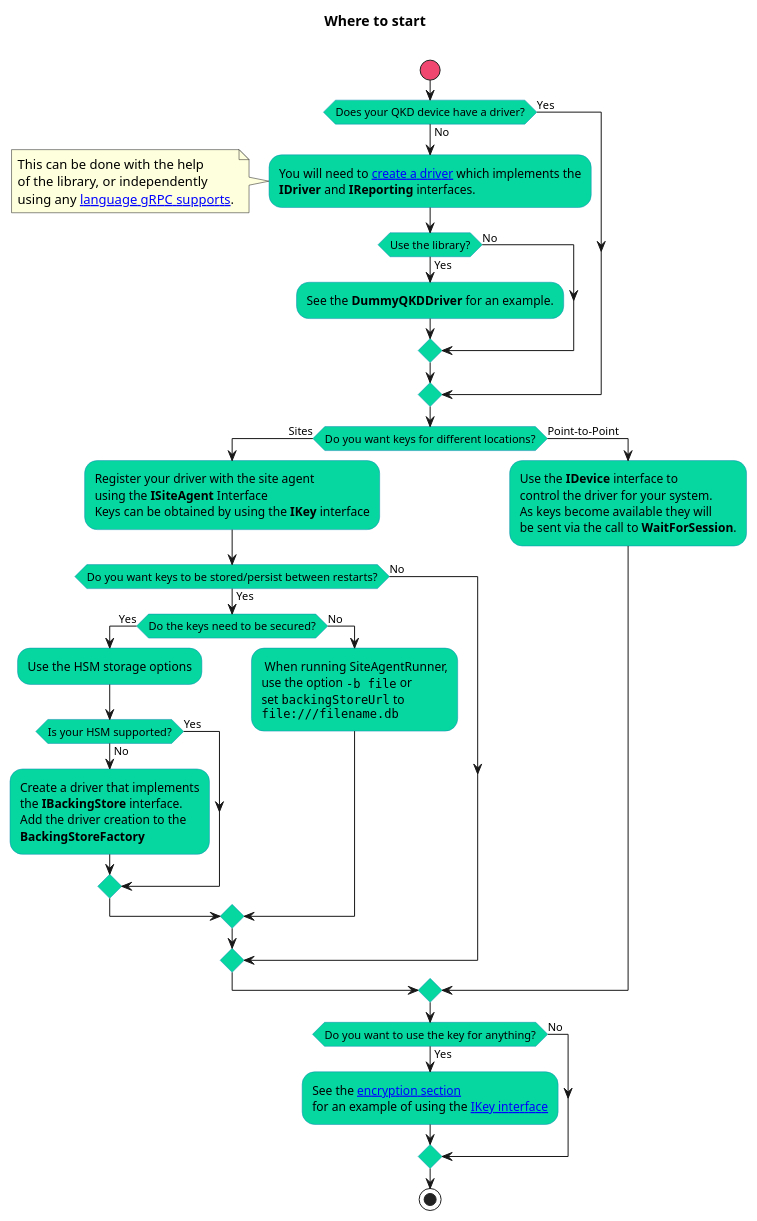
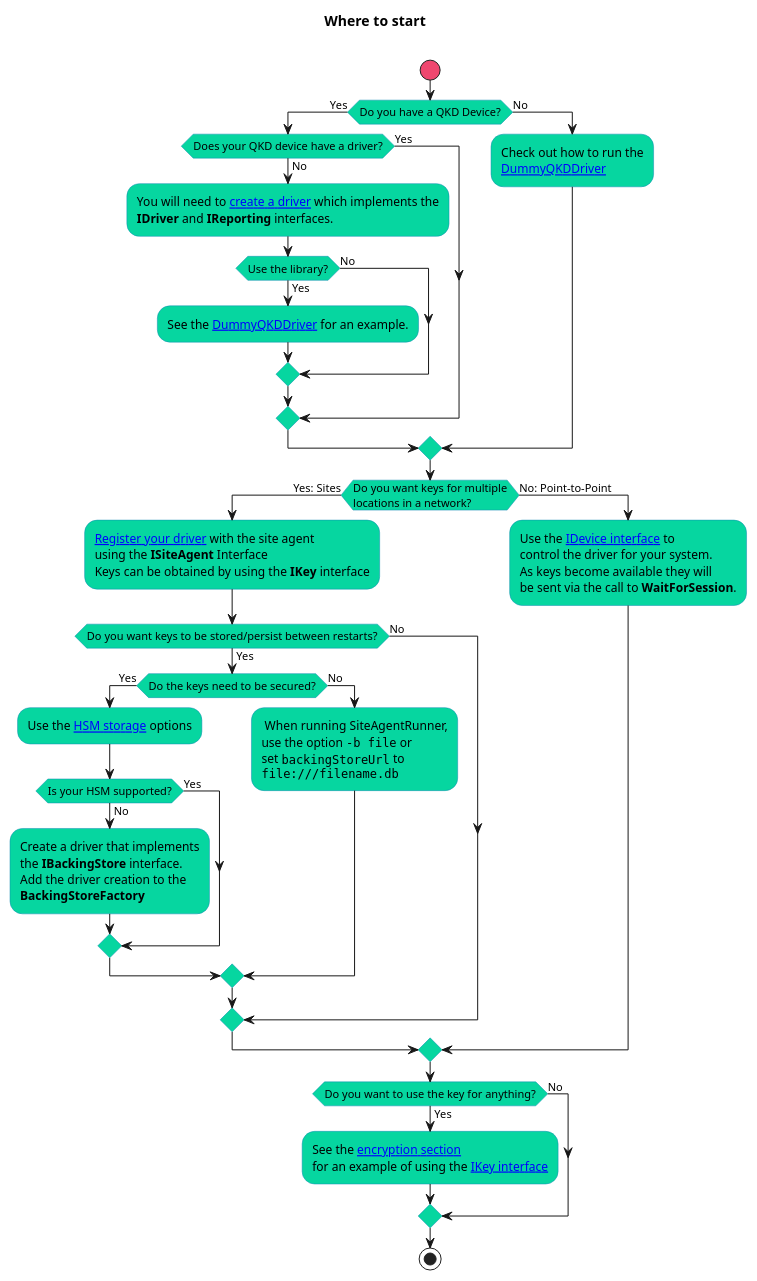
One commit to Open-QKD-Network/cqptoolkit changed the diagram in README.md. Above: the diagram before and after it, drawn with PlantUML. The commit also changed other lines of this file and 7 other files, not shown here.

```diff
--- a/README.md
+++ b/README.md
@@ -70,66 +110,67 @@
     @startuml
     title Where to start \n
 
     skinparam activity {
       StartColor #EF476F
       BarColor #FFD166
       EndColor #EF476F
       BackgroundColor #06D6A0
       BorderColor #118AB2
       FontName Impact
     }
 
     start
-    if (Does your QKD device have a driver?) then (No)
-        :You will need to [[./index.html#Drivers create a driver]] which implements the
-        <b>IDriver</b> and <b>IReporting</b> interfaces.;
-        note left
-            This can be done with the help
-            of the library, or independently
-            using any [[https://grpc.io/faq/ language gRPC supports]].
-        end note
-        if (Use the library?) then (Yes)
-            :See the <b>DummyQKDDriver</b> for an example.;
-        else (No)
+    if (Do you have a QKD Device?) then (Yes)
+        if (Does your QKD device have a driver?) then (No)
+            :You will need to [[./index.html#CreatingDrivers create a driver]] which implements the
+            <b>IDriver</b> and <b>IReporting</b> interfaces.;
+            if (Use the library?) then (Yes)
+                :See the [[./index.html#RunningDummyQKDDriver DummyQKDDriver]] for an example.;
+            else (No)
+            endif
+        else (Yes)
         endif
-    else (Yes)
+    else (No)
+        :Check out how to run the
+        [[./index.html#RunningDummyQKDDriver DummyQKDDriver]];
     endif
 
-    if (Do you want keys for different locations?) then (Sites)
-        :Register your driver with the site agent
+    if (Do you want keys for multiple
+    locations in a network?) then (Yes: Sites)
+        :[[./index.html#Registering Register your driver]] with the site agent
         using the <b>ISiteAgent</b> Interface
         Keys can be obtained by using the <b>IKey</b> interface;
 
         if(Do you want keys to be stored/persist between restarts?) then (Yes)
             if (Do the keys need to be secured?) then (Yes)
-                :Use the HSM storage options;
+                :Use the [[./index.html#HSMs HSM storage]] options;
                 if (Is your HSM supported?) then (No)
                     :Create a driver that implements
                     the <b>IBackingStore</b> interface.
                     Add the driver creation to the
                     <b>BackingStoreFactory</b>;
                 else (Yes)
                 endif
             else (No)
                 : When running SiteAgentRunner,
                 use the option ""-b file"" or
                 set ""backingStoreUrl"" to
                 ""file:///filename.db"";
             endif
         else (No)
         endif
-    else (Point-to-Point)
-        :Use the <b>IDevice</b> interface to
+    else (No: Point-to-Point)
+        :Use the [[./index.html#IDeviceInterface IDevice interface]] to
         control the driver for your system.
         As keys become available they will
         be sent via the call to <b>WaitForSession</b>.;
     endif
 
     if (Do you want to use the key for anything?) then (Yes)
         :See the [[./index.html#Encryption encryption section]]
-        for an example of using the [[./index.html#Keys IKey interface]];
+        for an example of using the [[./index.html#IKeyInterface IKey interface]];
     else (No)
     endif
     stop
 
     @enduml
```
